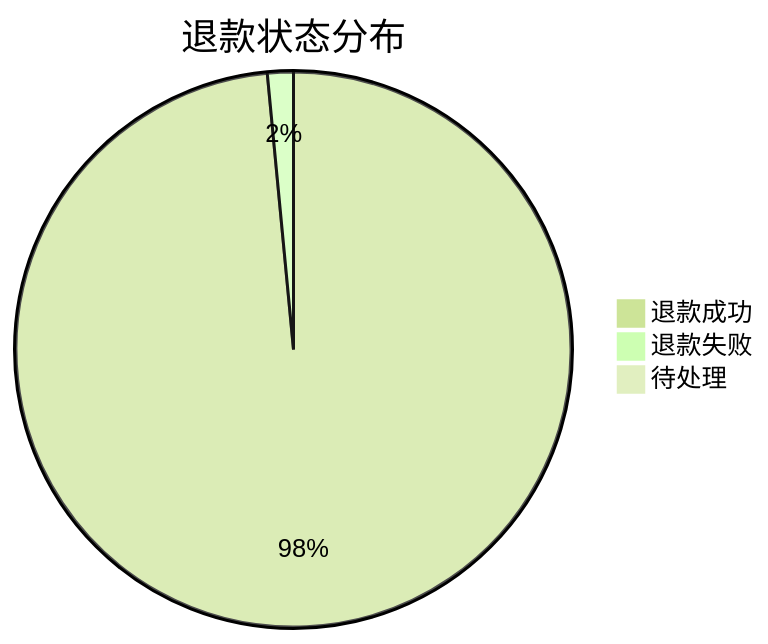
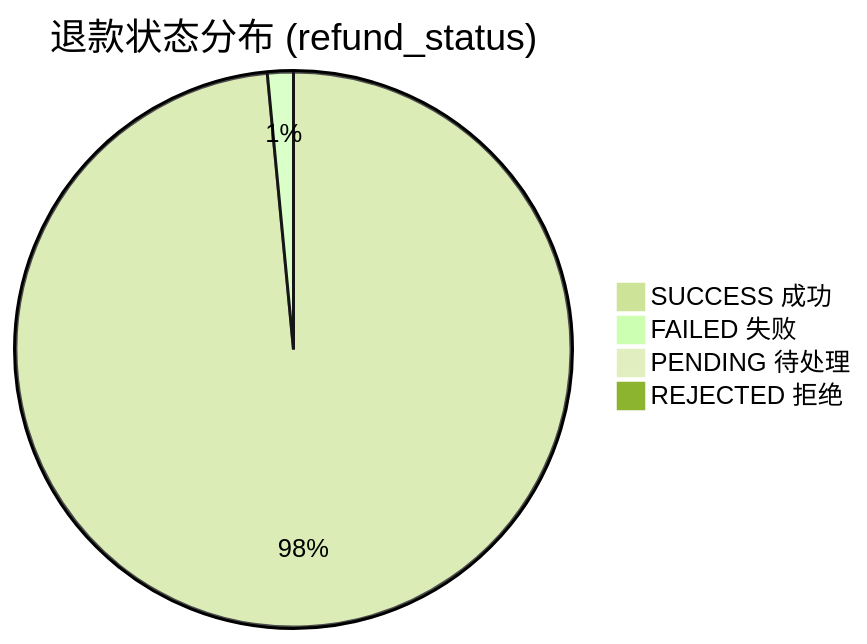
The second of 4 diagrams in docs/v1/user-stories/EP06-统计报表.md (yiancode/AutoDepositRefundAgent), drawn with Mermaid (forest theme) before and after one commit. The commit also changed other lines of this file and 6 other files, not shown here.

````diff
--- a/docs/v1/user-stories/EP06-统计报表.md
+++ b/docs/v1/user-stories/EP06-统计报表.md
@@ -309,6 +533,7 @@
 ```mermaid
-pie title 退款状态分布
-    "退款成功" : 980
-    "退款失败" : 15
-    "待处理" : 5
+pie title 退款状态分布 (refund_status)
+    "SUCCESS 成功" : 980
+    "FAILED 失败" : 15
+    "PENDING 待处理" : 5
+    "REJECTED 拒绝" : 3
 ```
````
